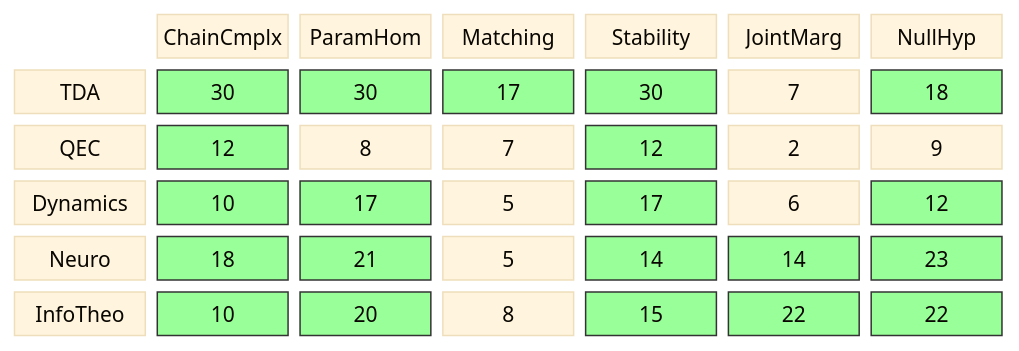
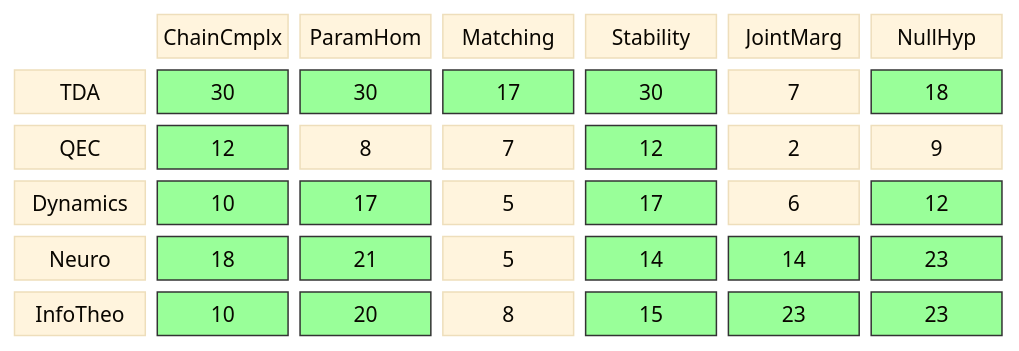
Before and after one commit to musicofhel/topoyolo: the diagram in diagrams/coverage-matrix.md, drawn with Mermaid. The commit also changed other lines of this file and 6 other files, not shown here.

````diff
--- a/diagrams/coverage-matrix.md
+++ b/diagrams/coverage-matrix.md
@@ -21,34 +21,34 @@
 ```mermaid
 %%{init: {'theme': 'base', 'themeVariables': {'fontSize': '14px'}}}%%
 block-beta
   columns 7
 
   space:1 CC["ChainCmplx"] PH["ParamHom"] MA["Matching"] ST["Stability"] JM["JointMarg"] NH["NullHyp"]
 
   TDA["TDA"] TDA_CC["30"] TDA_PH["30"] TDA_MA["17"] TDA_ST["30"] TDA_JM["7"] TDA_NH["18"]
   QEC["QEC"] QEC_CC["12"] QEC_PH["8"] QEC_MA["7"] QEC_ST["12"] QEC_JM["2"] QEC_NH["9"]
   DYN["Dynamics"] DYN_CC["10"] DYN_PH["17"] DYN_MA["5"] DYN_ST["17"] DYN_JM["6"] DYN_NH["12"]
   NEU["Neuro"] NEU_CC["18"] NEU_PH["21"] NEU_MA["5"] NEU_ST["14"] NEU_JM["14"] NEU_NH["23"]
-  IT["InfoTheo"] IT_CC["10"] IT_PH["20"] IT_MA["8"] IT_ST["15"] IT_JM["22"] IT_NH["22"]
+  IT["InfoTheo"] IT_CC["10"] IT_PH["20"] IT_MA["8"] IT_ST["15"] IT_JM["23"] IT_NH["23"]
   style TDA_CC fill:#9f9,stroke:#333
   style TDA_PH fill:#9f9,stroke:#333
   style TDA_MA fill:#9f9,stroke:#333
   style TDA_ST fill:#9f9,stroke:#333
   style TDA_NH fill:#9f9,stroke:#333
   style QEC_CC fill:#9f9,stroke:#333
   style QEC_ST fill:#9f9,stroke:#333
   style DYN_CC fill:#9f9,stroke:#333
   style DYN_PH fill:#9f9,stroke:#333
   style DYN_ST fill:#9f9,stroke:#333
   style DYN_NH fill:#9f9,stroke:#333
   style NEU_CC fill:#9f9,stroke:#333
   style NEU_PH fill:#9f9,stroke:#333
   style NEU_ST fill:#9f9,stroke:#333
   style NEU_JM fill:#9f9,stroke:#333
   style NEU_NH fill:#9f9,stroke:#333
   style IT_CC fill:#9f9,stroke:#333
   style IT_PH fill:#9f9,stroke:#333
   style IT_ST fill:#9f9,stroke:#333
   style IT_JM fill:#9f9,stroke:#333
   style IT_NH fill:#9f9,stroke:#333
 ```
````
